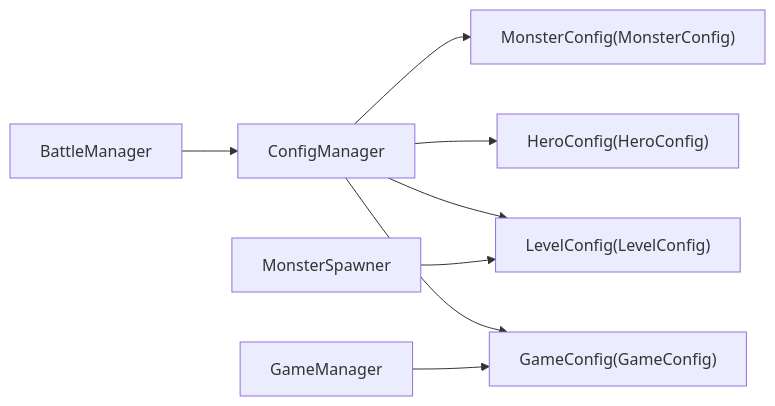
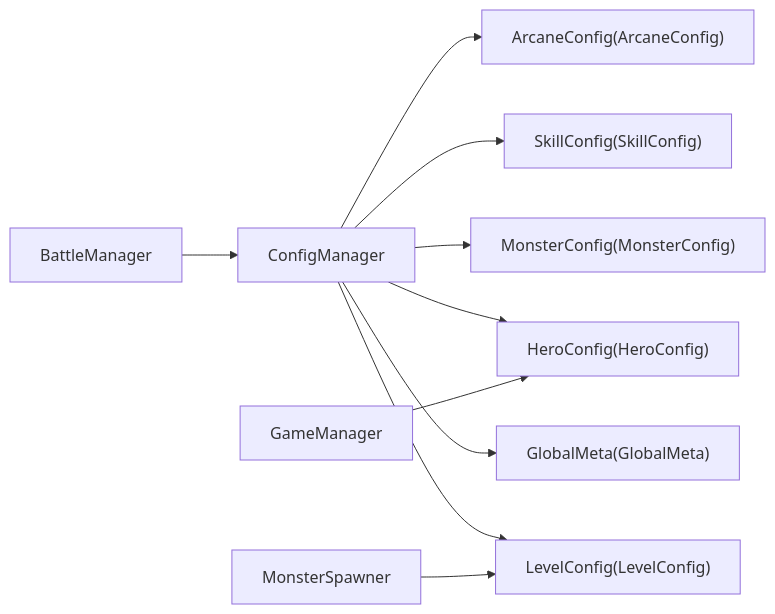
The fifth of 5 diagrams in .qoder/repowiki/zh/content/配置管理系统/配置文件类型/全局配置文件.md (Tuusen/p1_client), drawn with Mermaid before and after one commit. The commit also changed other lines of this file and 85 other files, not shown here.

````diff
--- a/.qoder/repowiki/zh/content/配置管理系统/配置文件类型/全局配置文件.md
+++ b/.qoder/repowiki/zh/content/配置管理系统/配置文件类型/全局配置文件.md
@@ -258,10 +253,12 @@
 ```mermaid
 graph LR
-CM["ConfigManager"] --> GC["GameConfig(GameConfig)"]
+CM["ConfigManager"] --> GMETA["GlobalMeta(GlobalMeta)"]
 CM --> LC["LevelConfig(LevelConfig)"]
 CM --> HC["HeroConfig(HeroConfig)"]
 CM --> MC["MonsterConfig(MonsterConfig)"]
-GM["GameManager"] --> GC
+CM --> SC["SkillConfig(SkillConfig)"]
+CM --> AC["ArcaneConfig(ArcaneConfig)"]
+GM["GameManager"] --> HC
 MS["MonsterSpawner"] --> LC
 BM["BattleManager"] --> CM
 ```
````
